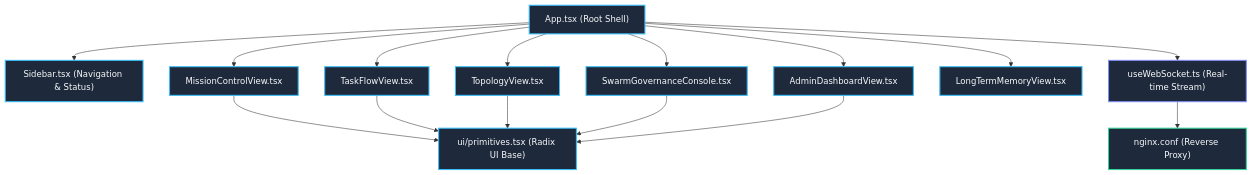
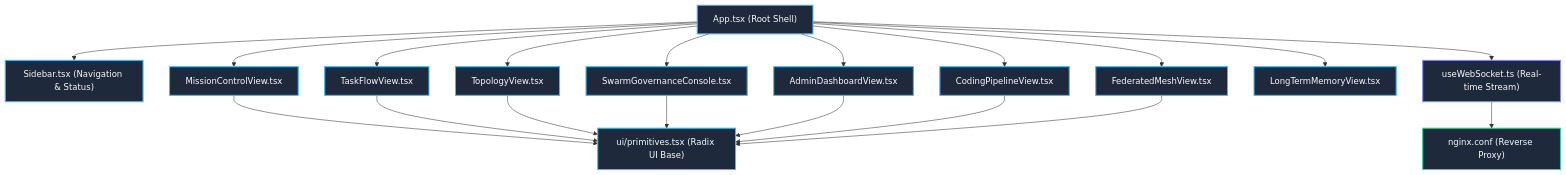
Before and after one commit to OPluke11-abula/LLM-Agent-System: the diagram in docs/obsidian/layers/L1-Ingress-and-Cockpit-Surface.md, drawn with Mermaid. The commit also changed other lines of this file and 75 other files, not shown here.

````diff
--- a/docs/obsidian/layers/L1-Ingress-and-Cockpit-Surface.md
+++ b/docs/obsidian/layers/L1-Ingress-and-Cockpit-Surface.md
@@ -22,33 +22,39 @@
 ```mermaid
 graph TD
     classDef ui fill:#1e293b,stroke:#38bdf8,stroke-width:2px,color:#f8fafc;
     classDef hook fill:#1e293b,stroke:#818cf8,stroke-width:2px,color:#f8fafc;
     classDef edge fill:#1e293b,stroke:#34d399,stroke-width:2px,color:#f8fafc;
 
     App["App.tsx (Root Shell)"]:::ui
     Sidebar["Sidebar.tsx (Navigation & Status)"]:::ui
     MC["MissionControlView.tsx"]:::ui
     TF["TaskFlowView.tsx"]:::ui
     Topo["TopologyView.tsx"]:::ui
     Gov["SwarmGovernanceConsole.tsx"]:::ui
     Admin["AdminDashboardView.tsx"]:::ui
+    Pipe["CodingPipelineView.tsx"]:::ui
+    Mesh["FederatedMeshView.tsx"]:::ui
     LTM["LongTermMemoryView.tsx"]:::ui
     Prim["ui/primitives.tsx (Radix UI Base)"]:::ui
     WS["useWebSocket.ts (Real-time Stream)"]:::hook
     Nginx["nginx.conf (Reverse Proxy)"]:::edge
 
     App --> Sidebar
     App --> MC
     App --> TF
     App --> Topo
     App --> Gov
     App --> Admin
+    App --> Pipe
+    App --> Mesh
     App --> LTM
     MC --> Prim
     TF --> Prim
     Topo --> Prim
     Gov --> Prim
     Admin --> Prim
+    Pipe --> Prim
+    Mesh --> Prim
     App --> WS
     WS --> Nginx
 ```
````
